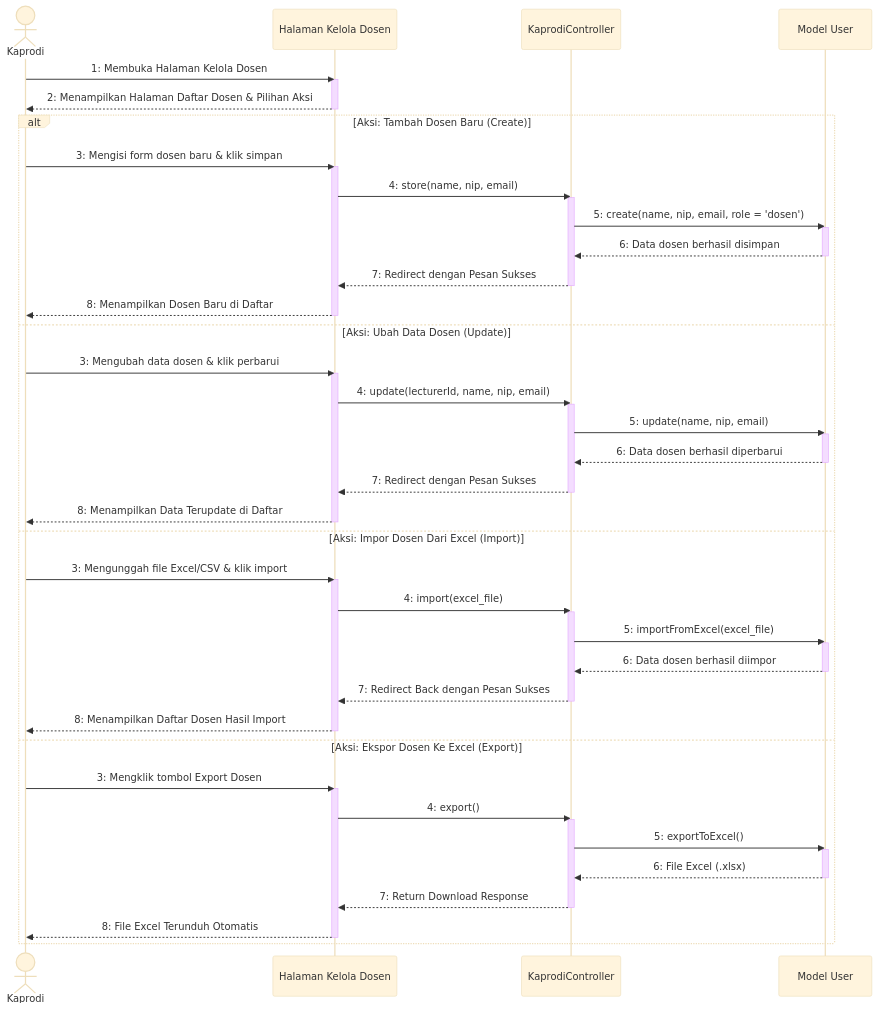
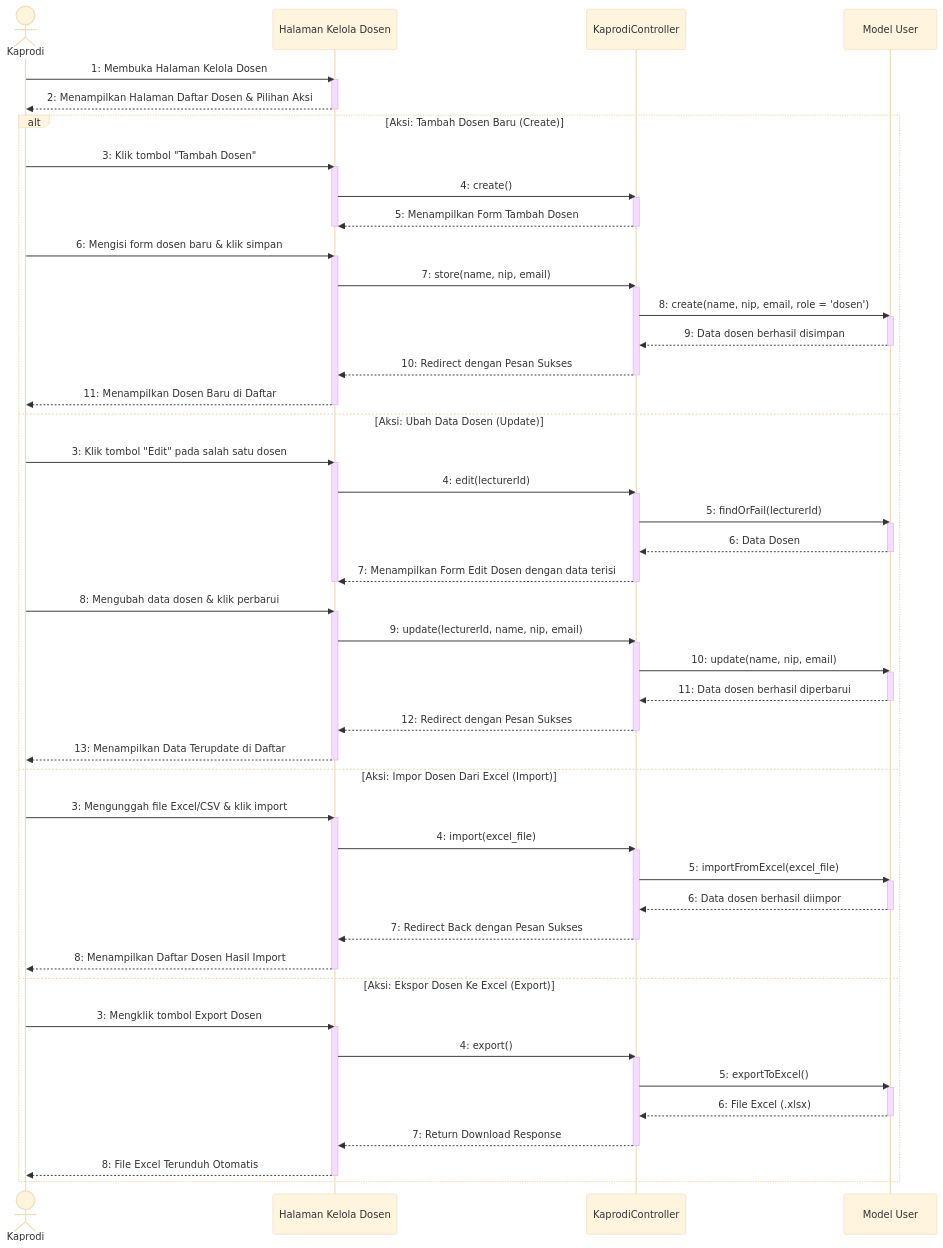
One commit to Duandi04/ta_submission changed the diagram in docs/uml/Sequence Diagram/Kaprodi/sequence_diagram_kelola_dosen.md. Above: the diagram before and after it, drawn with Mermaid (base theme). The commit also changed 28 other files, not shown here.

Commit message:
refactor: implement program study settings and update UML documentation for Kaprodi configuration

```diff
--- a/docs/uml/Sequence Diagram/Kaprodi/sequence_diagram_kelola_dosen.md
+++ b/docs/uml/Sequence Diagram/Kaprodi/sequence_diagram_kelola_dosen.md
@@ -21,31 +21,51 @@
     %% TAHAP LANJUTAN: PILIHAN TINDAKAN (ALT BLOCK)
     %% ==========================================
     alt Aksi: Tambah Dosen Baru (Create)
-        Kaprodi->>UI: 3: Mengisi form dosen baru & klik simpan
+        Kaprodi->>UI: 3: Klik tombol "Tambah Dosen"
         activate UI
-        UI->>Ctrl: 4: store(name, nip, email)
+        UI->>Ctrl: 4: create()
         activate Ctrl
-        Ctrl->>Model: 5: create(name, nip, email, role = 'dosen')
+        Ctrl-->>UI: 5: Menampilkan Form Tambah Dosen
+        deactivate Ctrl
+        deactivate UI
+        
+        Kaprodi->>UI: 6: Mengisi form dosen baru & klik simpan
+        activate UI
+        UI->>Ctrl: 7: store(name, nip, email)
+        activate Ctrl
+        Ctrl->>Model: 8: create(name, nip, email, role = 'dosen')
         activate Model
-        Model-->>Ctrl: 6: Data dosen berhasil disimpan
+        Model-->>Ctrl: 9: Data dosen berhasil disimpan
         deactivate Model
-        Ctrl-->>UI: 7: Redirect dengan Pesan Sukses
+        Ctrl-->>UI: 10: Redirect dengan Pesan Sukses
         deactivate Ctrl
-        UI-->>Kaprodi: 8: Menampilkan Dosen Baru di Daftar
+        UI-->>Kaprodi: 11: Menampilkan Dosen Baru di Daftar
         deactivate UI
 
     else Aksi: Ubah Data Dosen (Update)
-        Kaprodi->>UI: 3: Mengubah data dosen & klik perbarui
+        Kaprodi->>UI: 3: Klik tombol "Edit" pada salah satu dosen
         activate UI
-        UI->>Ctrl: 4: update(lecturerId, name, nip, email)
+        UI->>Ctrl: 4: edit(lecturerId)
         activate Ctrl
-        Ctrl->>Model: 5: update(name, nip, email)
+        Ctrl->>Model: 5: findOrFail(lecturerId)
         activate Model
-        Model-->>Ctrl: 6: Data dosen berhasil diperbarui
+        Model-->>Ctrl: 6: Data Dosen
         deactivate Model
-        Ctrl-->>UI: 7: Redirect dengan Pesan Sukses
+        Ctrl-->>UI: 7: Menampilkan Form Edit Dosen dengan data terisi
         deactivate Ctrl
-        UI-->>Kaprodi: 8: Menampilkan Data Terupdate di Daftar
+        deactivate UI
+
+        Kaprodi->>UI: 8: Mengubah data dosen & klik perbarui
+        activate UI
+        UI->>Ctrl: 9: update(lecturerId, name, nip, email)
+        activate Ctrl
+        Ctrl->>Model: 10: update(name, nip, email)
+        activate Model
+        Model-->>Ctrl: 11: Data dosen berhasil diperbarui
+        deactivate Model
+        Ctrl-->>UI: 12: Redirect dengan Pesan Sukses
+        deactivate Ctrl
+        UI-->>Kaprodi: 13: Menampilkan Data Terupdate di Daftar
         deactivate UI
 
     else Aksi: Impor Dosen Dari Excel (Import)
```
